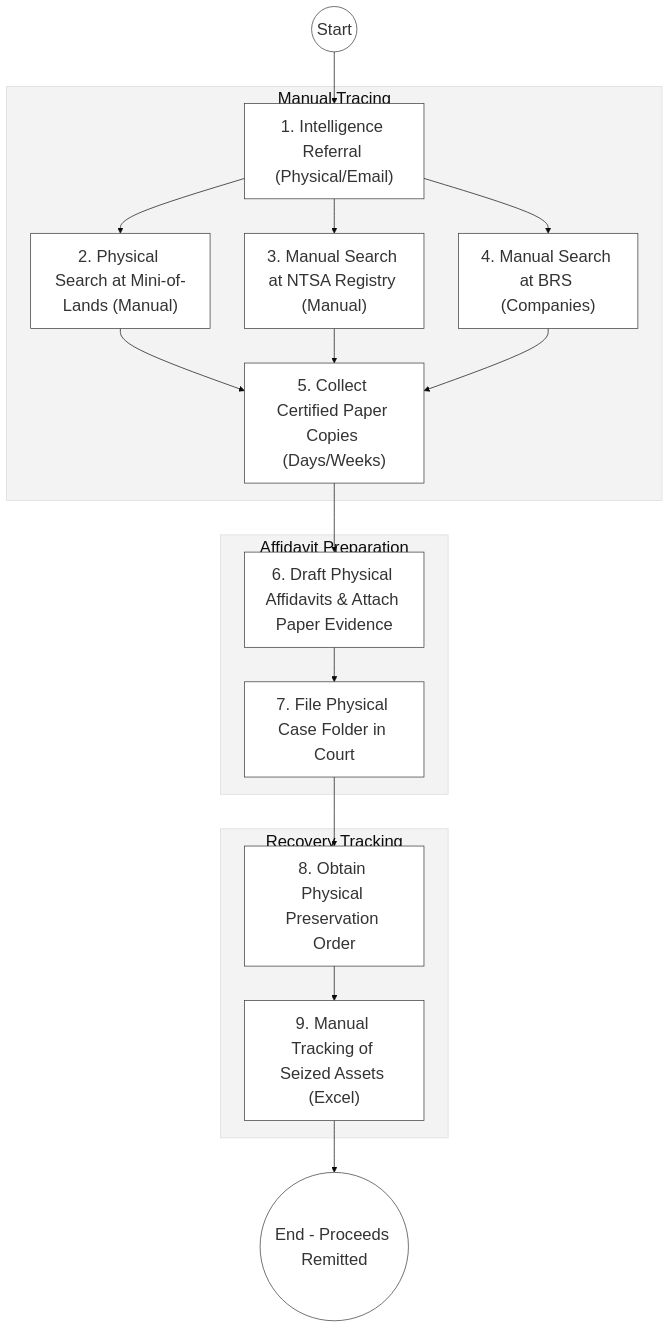
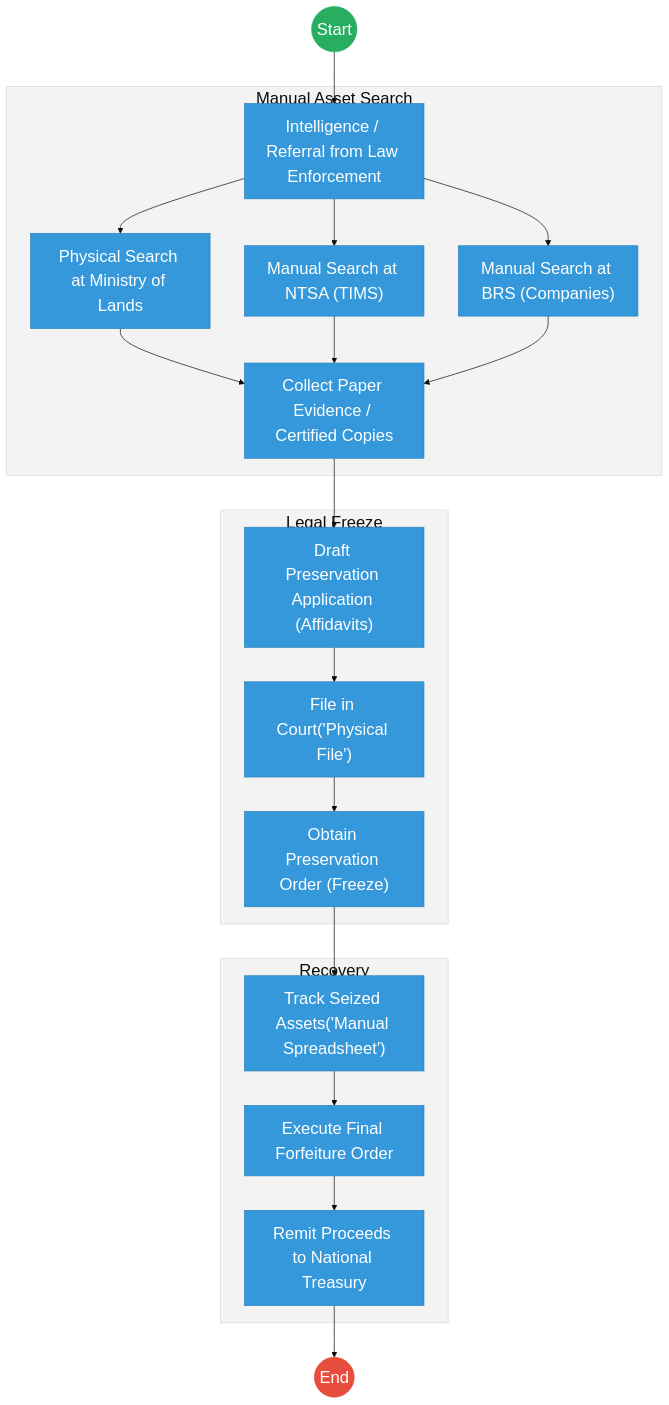
The first of 2 diagrams in mdas/docs_final/priority_mdas/Assets_Recovery_Agency___Service_Delivery.md (BITZ-IT-Consulting-LTD/ictapoc), drawn with Mermaid before and after one commit. The commit also changed other lines of this file and 90 other files, not shown here.

````diff
--- a/mdas/docs_final/priority_mdas/Assets_Recovery_Agency___Service_Delivery.md
+++ b/mdas/docs_final/priority_mdas/Assets_Recovery_Agency___Service_Delivery.md
@@ -77,26 +39,35 @@
 ```mermaid
 %%{init: { 'theme': 'base', 'themeVariables': { 'fontSize': '24px', 'fontFamily': 'Inter, system-ui, sans-serif', 'primaryColor': '#ffffff', 'edgeLabelBackground':'#ffffff', 'tertiaryColor': '#f3f3f3', 'mainBkg': '#ffffff', 'nodeBorder': '#333333' } } }%%
-flowchart TD
-    Start((Start)) --> Alert["1. Intelligence Referral (Physical/Email)"]
+graph TD
+    Start((Start)) --> Alert["Intelligence / Referral from Law Enforcement"]
     
-    subgraph Tracing_Silo["Manual Tracing"]
-        Alert --> SearchLands["2. Physical Search at Mini-of-Lands (Manual)"]
-        Alert --> SearchNTSA["3. Manual Search at NTSA Registry (Manual)"]
-        Alert --> SearchBRS["4. Manual Search at BRS (Companies)"]
-        SearchLands --> Collect["5. Collect Certified Paper Copies (Days/Weeks)"]
+    subgraph Tracing["Manual Asset Search"]
+        Alert --> SearchLands["Physical Search at Ministry of Lands"]
+        Alert --> SearchNTSA["Manual Search at NTSA (TIMS)"]
+        Alert --> SearchBRS["Manual Search at BRS (Companies)"]
+        SearchLands --> Collect["Collect Paper Evidence / Certified Copies"]
         SearchNTSA --> Collect
         SearchBRS --> Collect
     end
+    
+    subgraph Preservation["Legal Freeze"]
+        Collect --> Draft["Draft Preservation Application (Affidavits)"]
+        Draft --> Court["File in Court('Physical File')"]
+        Court --> Order["Obtain Preservation Order (Freeze)"]
+    end
+    
+    subgraph Forfeiture [Recovery]
+        Order --> Management["Track Seized Assets('Manual Spreadsheet')"]
+        Management --> FinalForfeiture["Execute Final Forfeiture Order"]
+        FinalForfeiture --> Treasury["Remit Proceeds to National Treasury"]
+    end
+    
+    Treasury --> End((End))
 
-    subgraph Legal_Layer["Affidavit Preparation"]
-        Collect --> Draft["6. Draft Physical Affidavits & Attach Paper Evidence"]
-        Draft --> Court["7. File Physical Case Folder in Court"]
-    end
-
-    subgraph Execution_Silo["Recovery Tracking"]
-        Court --> Order["8. Obtain Physical Preservation Order"]
-        Order --> Management["9. Manual Tracking of Seized Assets (Excel)"]
-    end
-
-    Management --> EndProcess(("End - Proceeds Remitted"))
+    classDef start fill:#27ae60,stroke:#27ae60,color:#fff,font-size:24px,font-size:24px;;
+    classDef endNode fill:#e74c3c,stroke:#e74c3c,color:#fff,font-size:24px,font-size:24px;;
+    classDef userTask fill:#3498db,stroke:#2980b9,color:#fff,font-size:24px,font-size:24px;;
+    class Start start;
+    class End endNode;
+    class Alert,SearchLands,SearchNTSA,SearchBRS,Collect,Draft,Court,Order,Management,FinalForfeiture,Treasury userTask;
 ```
````
